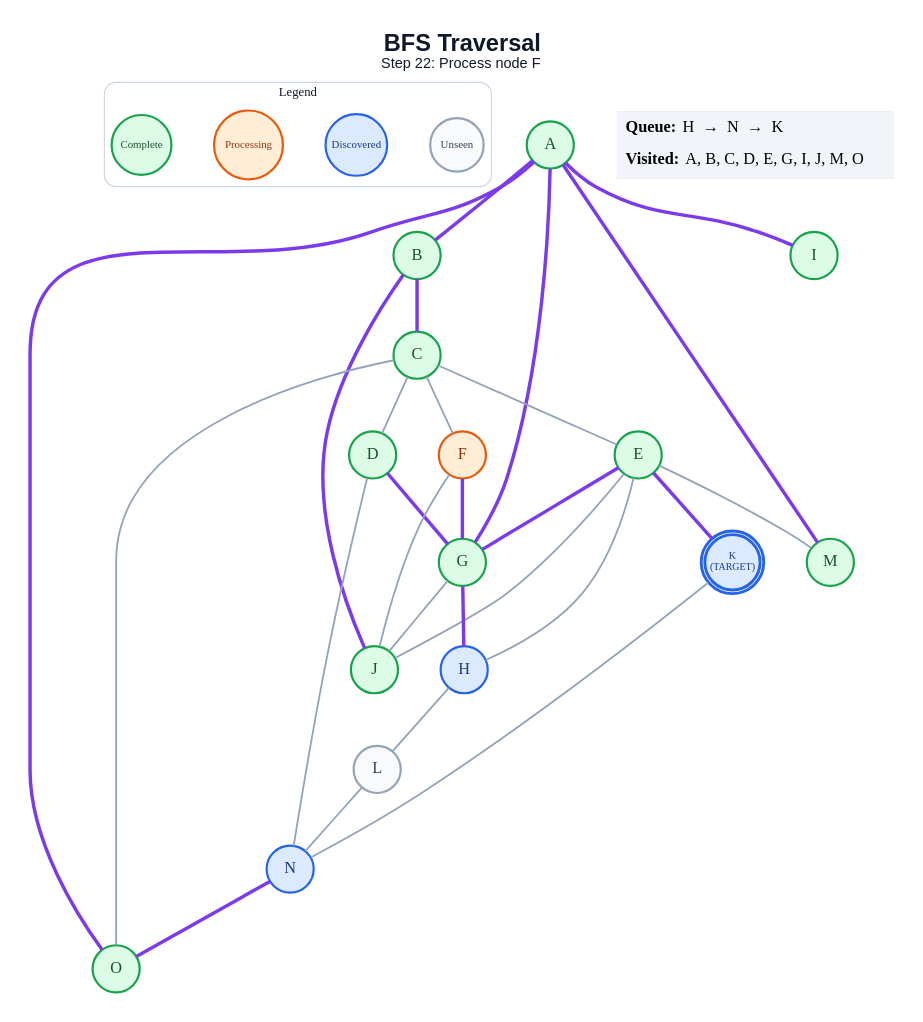
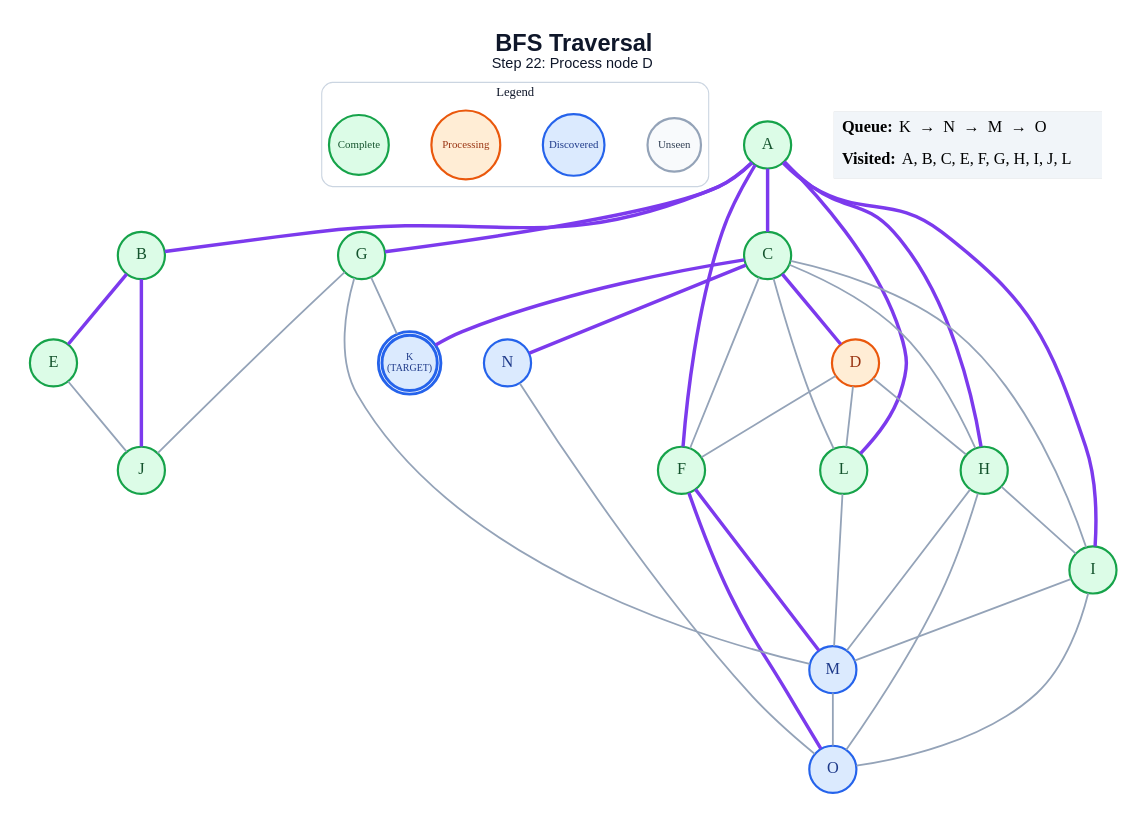
One commit to anon7238593-create/ai-slop changed the diagram in generated/specific-node/bfs/step_22.dot. Above: the diagram before and after it, drawn with Graphviz. The commit also changed 265 other files, not shown here.

```diff
--- a/generated/specific-node/bfs/step_22.dot
+++ b/generated/specific-node/bfs/step_22.dot
@@ -1,60 +1,67 @@
 graph traversal {
   graph [layout=dot, rankdir=TB, bgcolor="#FFFFFF", pad="0.35", nodesep="0.65", ranksep="0.8", fontname="Arial"];
   node [shape=circle, style="filled", fontname="Arial Bold", fontsize=18, width=0.72, fixedsize=true, penwidth=2.4];
   edge [color="#94A3B8", penwidth=2.0];
-  label=<<B>BFS Traversal</B><BR/><FONT POINT-SIZE="16">Step 22: Process node F</FONT>>; labelloc="t"; fontsize=26; fontname="Arial"; fontcolor="#0F172A";
+  label=<<B>BFS Traversal</B><BR/><FONT POINT-SIZE="16">Step 22: Process node D</FONT>>; labelloc="t"; fontsize=26; fontname="Arial"; fontcolor="#0F172A";
   subgraph cluster_legend { label="Legend"; color="#CBD5E1"; penwidth=1.2; style="rounded"; fontsize=14; fontname="Arial Bold";
     key_unseen [label="Unseen", fillcolor="#F8FAFC", color="#94A3B8", fontcolor="#334155", fontsize=12, width=0.82];
     key_frontier [label="Discovered", fillcolor="#DBEAFE", color="#2563EB", fontcolor="#1E3A8A", fontsize=12, width=0.95];
     key_current [label="Processing", fillcolor="#FFEDD5", color="#EA580C", fontcolor="#9A3412", fontsize=12, width=1.05];
     key_done [label="Complete", fillcolor="#DCFCE7", color="#16A34A", fontcolor="#14532D", fontsize=12, width=0.92];
     { rank=same; key_unseen; key_frontier; key_current; key_done; }
   }
   A [label="A", fillcolor="#DCFCE7", color="#16A34A", fontcolor="#14532D", peripheries=1, penwidth=2.4];
   B [label="B", fillcolor="#DCFCE7", color="#16A34A", fontcolor="#14532D", peripheries=1, penwidth=2.4];
   C [label="C", fillcolor="#DCFCE7", color="#16A34A", fontcolor="#14532D", peripheries=1, penwidth=2.4];
-  D [label="D", fillcolor="#DCFCE7", color="#16A34A", fontcolor="#14532D", peripheries=1, penwidth=2.4];
+  D [label="D", fillcolor="#FFEDD5", color="#EA580C", fontcolor="#9A3412", peripheries=1, penwidth=2.4];
   E [label="E", fillcolor="#DCFCE7", color="#16A34A", fontcolor="#14532D", peripheries=1, penwidth=2.4];
-  F [label="F", fillcolor="#FFEDD5", color="#EA580C", fontcolor="#9A3412", peripheries=1, penwidth=2.4];
+  F [label="F", fillcolor="#DCFCE7", color="#16A34A", fontcolor="#14532D", peripheries=1, penwidth=2.4];
   G [label="G", fillcolor="#DCFCE7", color="#16A34A", fontcolor="#14532D", peripheries=1, penwidth=2.4];
-  H [label="H", fillcolor="#DBEAFE", color="#2563EB", fontcolor="#1E3A8A", peripheries=1, penwidth=2.4];
+  H [label="H", fillcolor="#DCFCE7", color="#16A34A", fontcolor="#14532D", peripheries=1, penwidth=2.4];
   I [label="I", fillcolor="#DCFCE7", color="#16A34A", fontcolor="#14532D", peripheries=1, penwidth=2.4];
   J [label="J", fillcolor="#DCFCE7", color="#16A34A", fontcolor="#14532D", peripheries=1, penwidth=2.4];
   K [label="K\n(TARGET)", fillcolor="#DBEAFE", color="#2563EB", fontcolor="#1E3A8A", peripheries=2, penwidth=3.2, fontsize=11, width=0.85, height=0.85];
-  L [label="L", fillcolor="#F8FAFC", color="#94A3B8", fontcolor="#334155", peripheries=1, penwidth=2.4];
-  M [label="M", fillcolor="#DCFCE7", color="#16A34A", fontcolor="#14532D", peripheries=1, penwidth=2.4];
+  L [label="L", fillcolor="#DCFCE7", color="#16A34A", fontcolor="#14532D", peripheries=1, penwidth=2.4];
+  M [label="M", fillcolor="#DBEAFE", color="#2563EB", fontcolor="#1E3A8A", peripheries=1, penwidth=2.4];
   N [label="N", fillcolor="#DBEAFE", color="#2563EB", fontcolor="#1E3A8A", peripheries=1, penwidth=2.4];
-  O [label="O", fillcolor="#DCFCE7", color="#16A34A", fontcolor="#14532D", peripheries=1, penwidth=2.4];
+  O [label="O", fillcolor="#DBEAFE", color="#2563EB", fontcolor="#1E3A8A", peripheries=1, penwidth=2.4];
   A -- B [color="#7C3AED", penwidth=3.8];
+  A -- C [color="#7C3AED", penwidth=3.8];
+  A -- F [color="#7C3AED", penwidth=3.8];
   A -- G [color="#7C3AED", penwidth=3.8];
+  A -- H [color="#7C3AED", penwidth=3.8];
   A -- I [color="#7C3AED", penwidth=3.8];
-  A -- M [color="#7C3AED", penwidth=3.8];
-  A -- O [color="#7C3AED", penwidth=3.8];
-  B -- C [color="#7C3AED", penwidth=3.8];
+  A -- L [color="#7C3AED", penwidth=3.8];
+  B -- E [color="#7C3AED", penwidth=3.8];
   B -- J [color="#7C3AED", penwidth=3.8];
-  C -- D;
-  C -- E;
+  C -- D [color="#7C3AED", penwidth=3.8];
   C -- F;
-  C -- O;
-  D -- G [color="#7C3AED", penwidth=3.8];
-  D -- N;
-  E -- G [color="#7C3AED", penwidth=3.8];
-  E -- H;
+  C -- H;
+  C -- I;
+  C -- K [color="#7C3AED", penwidth=3.8];
+  C -- L;
+  C -- N [color="#7C3AED", penwidth=3.8];
+  D -- F;
+  D -- H;
+  D -- L;
   E -- J;
-  E -- K [color="#7C3AED", penwidth=3.8];
-  E -- M;
-  F -- G [color="#7C3AED", penwidth=3.8];
-  F -- J;
-  G -- H [color="#7C3AED", penwidth=3.8];
+  F -- M [color="#7C3AED", penwidth=3.8];
+  F -- O [color="#7C3AED", penwidth=3.8];
   G -- J;
-  H -- L;
-  K -- N;
-  L -- N;
-  N -- O [color="#7C3AED", penwidth=3.8];
+  G -- K;
+  G -- M;
+  H -- I;
+  H -- M;
+  H -- O;
+  I -- M;
+  I -- O;
+  L -- M;
+  M -- O;
+  N -- O;
   status [shape=plain, fixedsize=false, width=0, height=0, margin=0, label=<
     <TABLE BORDER="0" CELLBORDER="0" CELLPADDING="7" BGCOLOR="#F1F5F9">
-      <TR><TD ALIGN="LEFT"><B>Queue:</B> H  →  N  →  K</TD></TR>
-      <TR><TD ALIGN="LEFT"><B>Visited:</B> A, B, C, D, E, G, I, J, M, O</TD></TR>
+      <TR><TD ALIGN="LEFT"><B>Queue:</B> K  →  N  →  M  →  O</TD></TR>
+      <TR><TD ALIGN="LEFT"><B>Visited:</B> A, B, C, E, F, G, H, I, J, L</TD></TR>
     </TABLE>
   >];
 }
```
